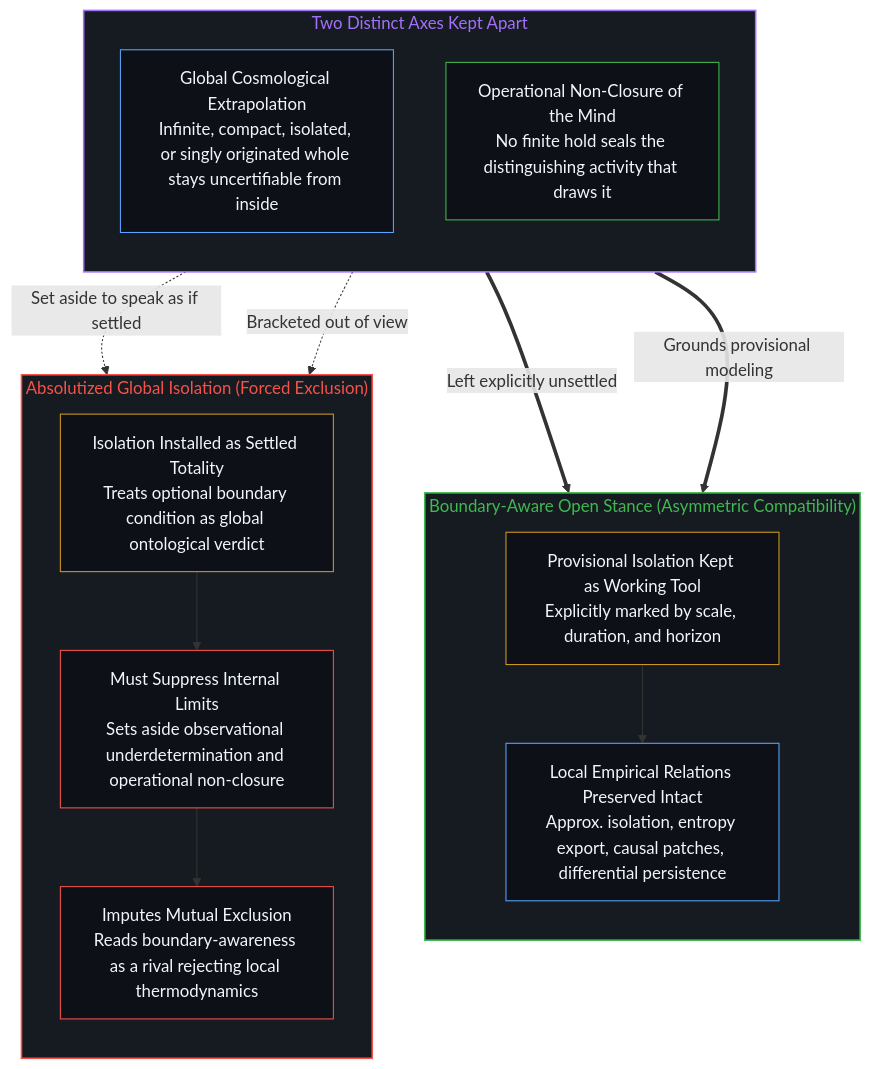
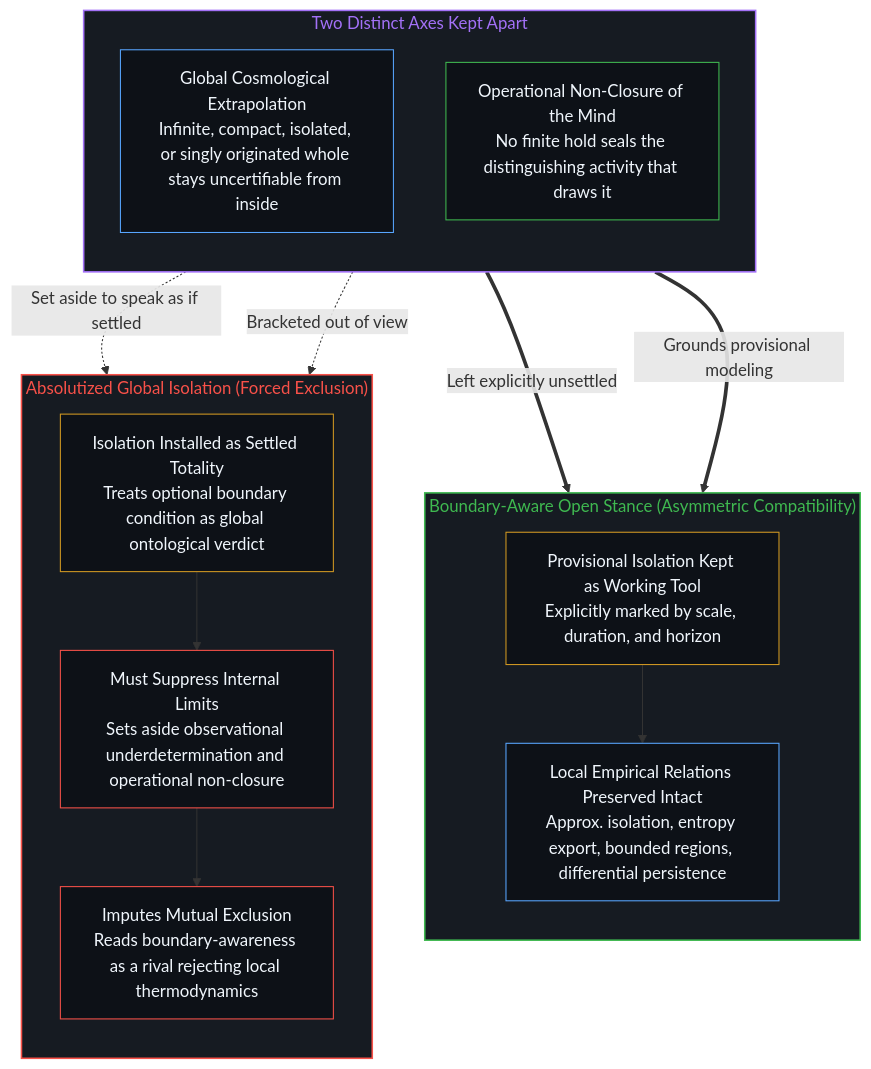
Before and after one commit to powerpig99/not-a-toe: the fourth of 4 diagrams in content/posts/boundary-of-the-isolation-idealization-and-the-non-closable-open.md, drawn with Mermaid. The commit also changed other lines of this file and 24 other files, not shown here.

````diff
--- a/content/posts/boundary-of-the-isolation-idealization-and-the-non-closable-open.md
+++ b/content/posts/boundary-of-the-isolation-idealization-and-the-non-closable-open.md
@@ -167,35 +167,35 @@
 ```mermaid
 flowchart TD
     subgraph S_Axes["Two Distinct Axes Kept Apart"]
         direction TB
         A_Phys["Global Cosmological Extrapolation<br/>Infinite, compact, isolated, or singly originated whole stays uncertifiable from inside"]
         A_Op["Operational Non-Closure of the Mind<br/>No finite hold seals the distinguishing activity that draws it"]
     end
     subgraph S_Open["Boundary-Aware Open Stance (Asymmetric Compatibility)"]
         direction TB
         O_Tool["Provisional Isolation Kept as Working Tool<br/>Explicitly marked by scale, duration, and horizon"]
-        O_Local["Local Empirical Relations Preserved Intact<br/>Approx. isolation, entropy export, causal patches, differential persistence"]
+        O_Local["Local Empirical Relations Preserved Intact<br/>Approx. isolation, entropy export, bounded regions, differential persistence"]
         O_Tool --> O_Local
     end
     subgraph S_Closed["Absolutized Global Isolation (Forced Exclusion)"]
         direction TB
         C_Seal["Isolation Installed as Settled Totality<br/>Treats optional boundary condition as global ontological verdict"]
         C_Drop["Must Suppress Internal Limits<br/>Sets aside observational underdetermination and operational non-closure"]
         C_Impute["Imputes Mutual Exclusion<br/>Reads boundary-awareness as a rival rejecting local thermodynamics"]
         C_Seal --> C_Drop --> C_Impute
     end
     A_Phys ==>|"Left explicitly unsettled"| O_Tool
     A_Op ==>|"Grounds provisional modeling"| O_Tool
     A_Phys -.->|"Set aside to speak as if settled"| C_Drop
     A_Op -.->|"Bracketed out of view"| C_Drop
     style S_Axes fill:#161b22,stroke:#a371f7,stroke-width:1.5px,color:#a371f7
     style S_Open fill:#161b22,stroke:#3fb950,stroke-width:1.5px,color:#3fb950
     style S_Closed fill:#161b22,stroke:#f85149,stroke-width:1.5px,color:#f85149
     style A_Phys fill:#0d1117,stroke:#58a6ff,stroke-width:1px,color:#f0f6fc
     style A_Op fill:#0d1117,stroke:#3fb950,stroke-width:1px,color:#f0f6fc
     style O_Tool fill:#0d1117,stroke:#d29922,stroke-width:1px,color:#f0f6fc
     style O_Local fill:#0d1117,stroke:#58a6ff,stroke-width:1px,color:#f0f6fc
     style C_Seal fill:#0d1117,stroke:#d29922,stroke-width:1px,color:#f0f6fc
     style C_Drop fill:#0d1117,stroke:#f85149,stroke-width:1px,color:#f0f6fc
     style C_Impute fill:#0d1117,stroke:#f85149,stroke-width:1px,color:#f0f6fc
 ```
````
